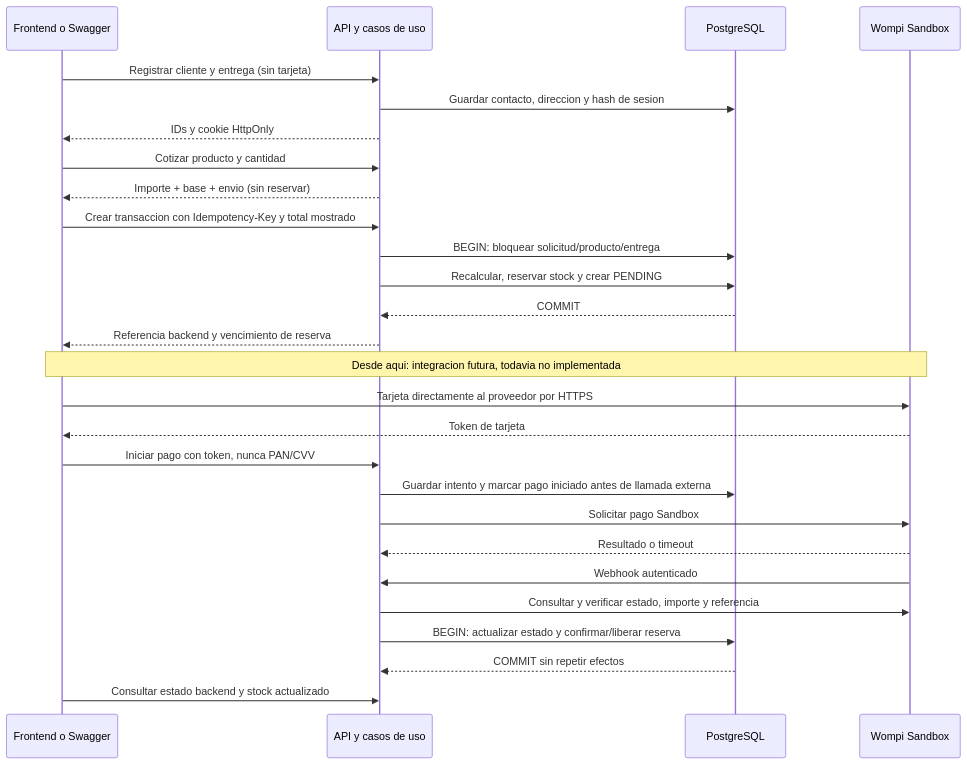
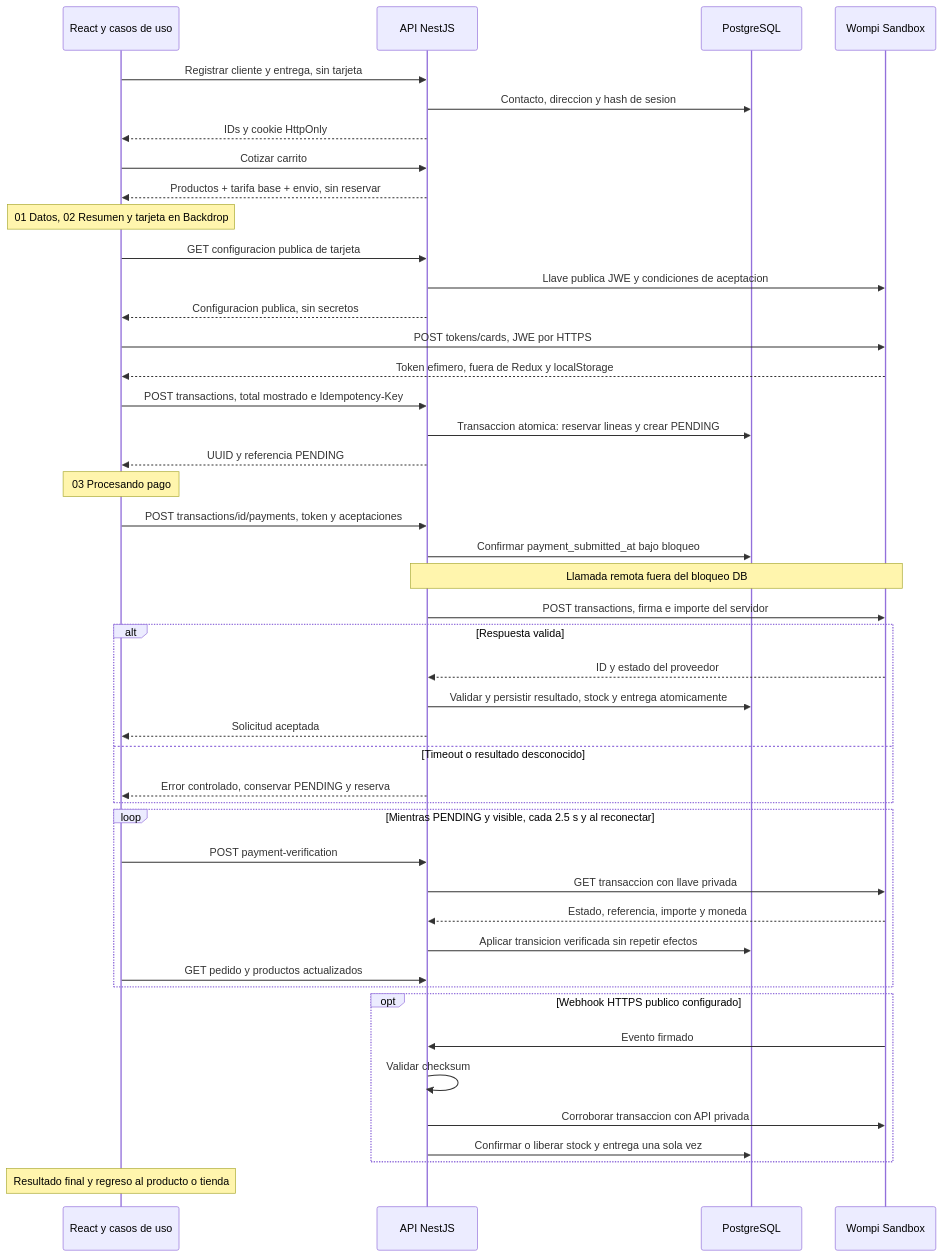
Before and after one commit to blush-atelier/blush-atelier-api: the diagram in docs/checkout-sequence.mmd, drawn with Mermaid. The commit also changed 14 other files, not shown here.

Commit message:
docs: sincronizar seguridad y diagramas y conservar notas solo locales

```diff
--- a/docs/checkout-sequence.mmd
+++ b/docs/checkout-sequence.mmd
@@ -1,27 +1,45 @@
 sequenceDiagram
-    participant F as Frontend o Swagger
-    participant A as API y casos de uso
+    participant F as React y casos de uso
+    participant A as API NestJS
     participant D as PostgreSQL
     participant W as Wompi Sandbox
-    F->>A: Registrar cliente y entrega (sin tarjeta)
-    A->>D: Guardar contacto, direccion y hash de sesion
+    F->>A: Registrar cliente y entrega, sin tarjeta
+    A->>D: Contacto, direccion y hash de sesion
     A-->>F: IDs y cookie HttpOnly
-    F->>A: Cotizar producto y cantidad
-    A-->>F: Importe + base + envio (sin reservar)
-    F->>A: Crear transaccion con Idempotency-Key y total mostrado
-    A->>D: BEGIN: bloquear solicitud/producto/entrega
-    A->>D: Recalcular, reservar stock y crear PENDING
-    D-->>A: COMMIT
-    A-->>F: Referencia backend y vencimiento de reserva
-    Note over F,W: Desde aqui: integracion futura, todavia no implementada
-    F->>W: Tarjeta directamente al proveedor por HTTPS
-    W-->>F: Token de tarjeta
-    F->>A: Iniciar pago con token, nunca PAN/CVV
-    A->>D: Guardar intento y marcar pago iniciado antes de llamada externa
-    A->>W: Solicitar pago Sandbox
-    W-->>A: Resultado o timeout
-    W->>A: Webhook autenticado
-    A->>W: Consultar y verificar estado, importe y referencia
-    A->>D: BEGIN: actualizar estado y confirmar/liberar reserva
-    D-->>A: COMMIT sin repetir efectos
-    F->>A: Consultar estado backend y stock actualizado
+    F->>A: Cotizar carrito
+    A-->>F: Productos + tarifa base + envio, sin reservar
+    Note over F: 01 Datos, 02 Resumen y tarjeta en Backdrop
+    F->>A: GET configuracion publica de tarjeta
+    A->>W: Llave publica JWE y condiciones de aceptacion
+    A-->>F: Configuracion publica, sin secretos
+    F->>W: POST tokens/cards, JWE por HTTPS
+    W-->>F: Token efimero, fuera de Redux y localStorage
+    F->>A: POST transactions, total mostrado e Idempotency-Key
+    A->>D: Transaccion atomica: reservar lineas y crear PENDING
+    A-->>F: UUID y referencia PENDING
+    Note over F: 03 Procesando pago
+    F->>A: POST transactions/id/payments, token y aceptaciones
+    A->>D: Confirmar payment_submitted_at bajo bloqueo
+    Note over A,W: Llamada remota fuera del bloqueo DB
+    A->>W: POST transactions, firma e importe del servidor
+    alt Respuesta valida
+        W-->>A: ID y estado del proveedor
+        A->>D: Validar y persistir resultado, stock y entrega atomicamente
+        A-->>F: Solicitud aceptada
+    else Timeout o resultado desconocido
+        A-->>F: Error controlado, conservar PENDING y reserva
+    end
+    loop Mientras PENDING y visible, cada 2.5 s y al reconectar
+        F->>A: POST payment-verification
+        A->>W: GET transaccion con llave privada
+        W-->>A: Estado, referencia, importe y moneda
+        A->>D: Aplicar transicion verificada sin repetir efectos
+        F->>A: GET pedido y productos actualizados
+    end
+    opt Webhook HTTPS publico configurado
+        W->>A: Evento firmado
+        A->>A: Validar checksum
+        A->>W: Corroborar transaccion con API privada
+        A->>D: Confirmar o liberar stock y entrega una sola vez
+    end
+    Note over F: Resultado final y regreso al producto o tienda
```
